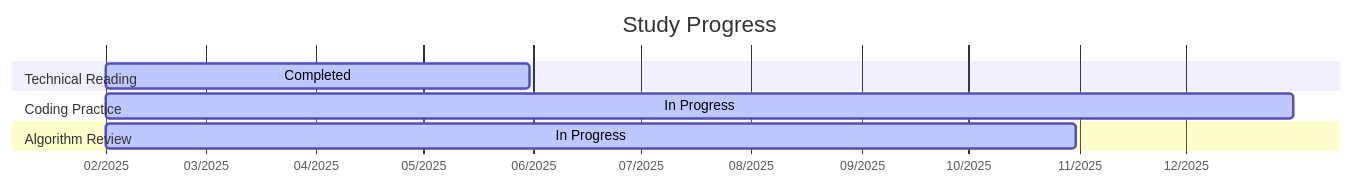
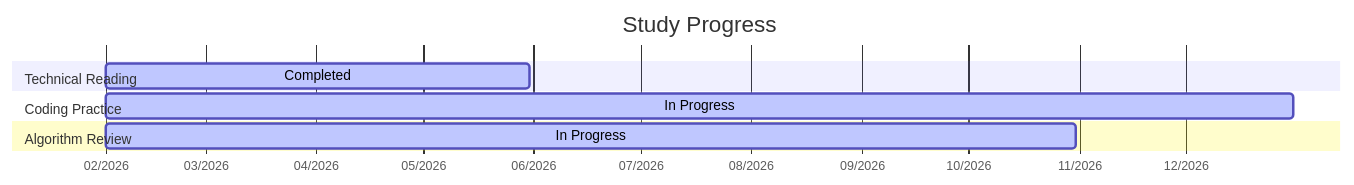
Before and after one commit to delblerferreromorgan/delblerferreromorgan: the third of 3 diagrams in README.md, drawn with Mermaid. The commit also changed other lines of this file, not shown here.

Commit message:
Update roadmap and study progress to 2026

````diff
--- a/README.md
+++ b/README.md
@@ -244,12 +244,12 @@
 ```mermaid
 gantt
     title Study Progress
     dateFormat  YYYY-MM-DD
     axisFormat  %m/%Y
     section Technical Reading
-    Completed           :active,    lt, 2025-02-01, 2025-05-31
+    Completed           :active,    lt, 2026-02-01, 2026-05-31
     section Coding Practice
-    In Progress           :active,    pc, 2025-02-01, 2025-12-31
+    In Progress           :active,    pc, 2026-02-01, 2026-12-31
     section Algorithm Review
-    In Progress           :active,    ra, 2025-02-01, 2025-10-31
+    In Progress           :active,    ra, 2026-02-01, 2026-10-31
 ```
````
